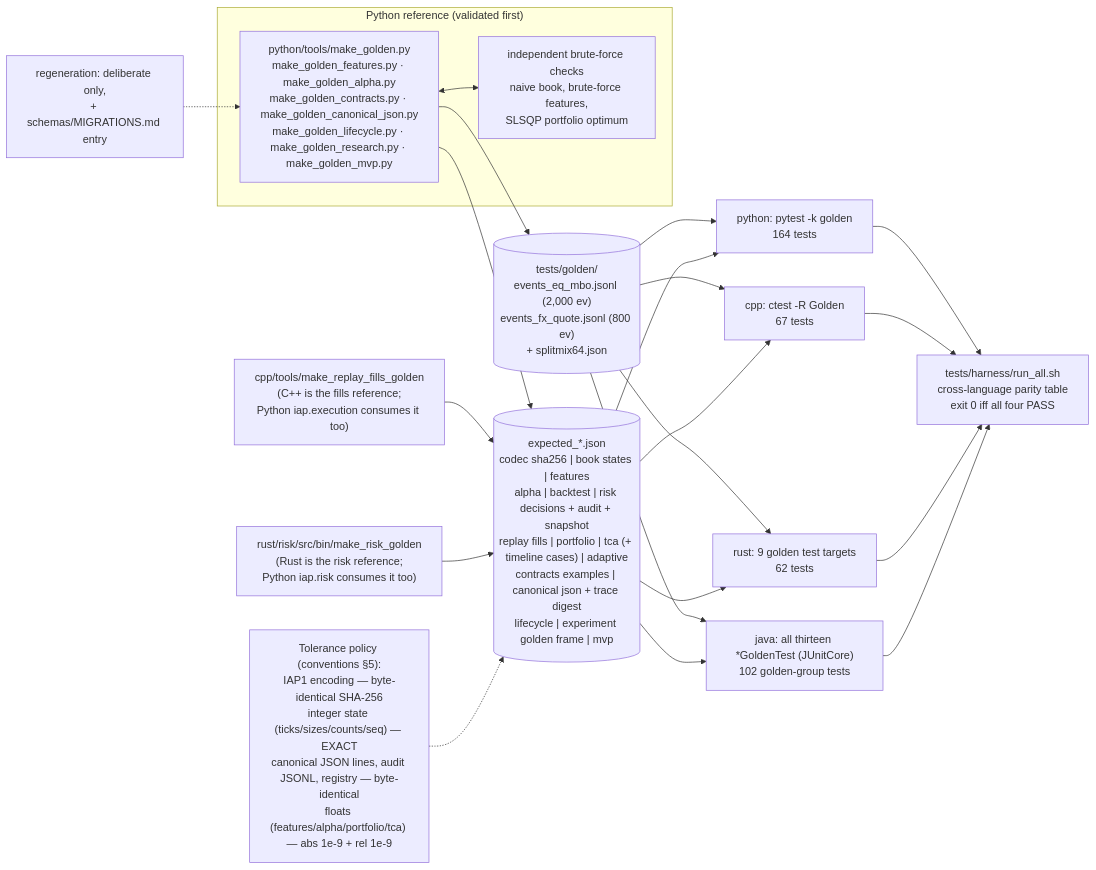
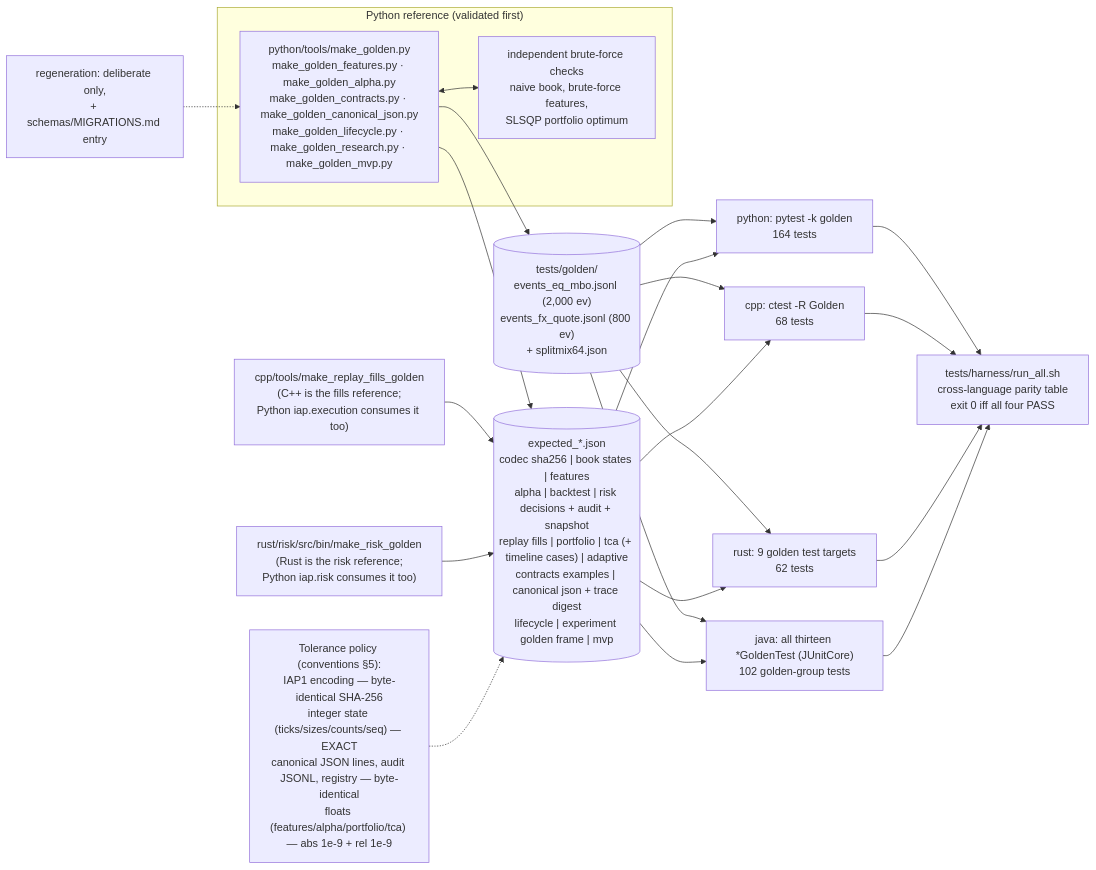
Before and after one commit to AshJha0/intraday-alpha-platform: the diagram in docs/diagrams/golden_topology.mmd, drawn with Mermaid. The commit also changed 13 other files, not shown here.

```diff
--- a/docs/diagrams/golden_topology.mmd
+++ b/docs/diagrams/golden_topology.mmd
@@ -1,24 +1,24 @@
 flowchart LR
     subgraph REF["Python reference (validated first)"]
         MG["python/tools/make_golden.py<br/>make_golden_features.py · make_golden_alpha.py<br/>make_golden_contracts.py · make_golden_canonical_json.py<br/>make_golden_lifecycle.py · make_golden_research.py · make_golden_mvp.py"]
         BF["independent brute-force checks<br/>naive book, brute-force features,<br/>SLSQP portfolio optimum"]
         MG <--> BF
     end
     MG --> GV[("tests/golden/<br/>events_eq_mbo.jsonl (2,000 ev)<br/>events_fx_quote.jsonl (800 ev)<br/>+ splitmix64.json")]
     MG --> EXP[("expected_*.json<br/>codec sha256 | book states | features<br/>alpha | backtest | risk decisions + audit + snapshot<br/>replay fills | portfolio | tca (+ timeline cases) | adaptive<br/>contracts examples | canonical json + trace digest<br/>lifecycle | experiment golden frame | mvp")]
     CPPTOOL["cpp/tools/make_replay_fills_golden<br/>(C++ is the fills reference;<br/>Python iap.execution consumes it too)"] --> EXP
     RSTOOL["rust/risk/src/bin/make_risk_golden<br/>(Rust is the risk reference;<br/>Python iap.risk consumes it too)"] --> EXP
     GV --> PY["python: pytest -k golden<br/>164 tests"]
-    GV --> CPP["cpp: ctest -R Golden<br/>67 tests"]
+    GV --> CPP["cpp: ctest -R Golden<br/>68 tests"]
     GV --> RS["rust: 9 golden test targets<br/>62 tests"]
     GV --> JV["java: all thirteen *GoldenTest (JUnitCore)<br/>102 golden-group tests"]
     EXP --> PY
     EXP --> CPP
     EXP --> RS
     EXP --> JV
     PY --> TAB["tests/harness/run_all.sh<br/>cross-language parity table<br/>exit 0 iff all four PASS"]
     CPP --> TAB
     RS --> TAB
     JV --> TAB
     TOL["Tolerance policy (conventions §5):<br/>IAP1 encoding — byte-identical SHA-256<br/>integer state (ticks/sizes/counts/seq) — EXACT<br/>canonical JSON lines, audit JSONL, registry — byte-identical<br/>floats (features/alpha/portfolio/tca) — abs 1e-9 + rel 1e-9"] -.-> EXP
     MIG["regeneration: deliberate only,<br/>+ schemas/MIGRATIONS.md entry"] -.-> MG
```
